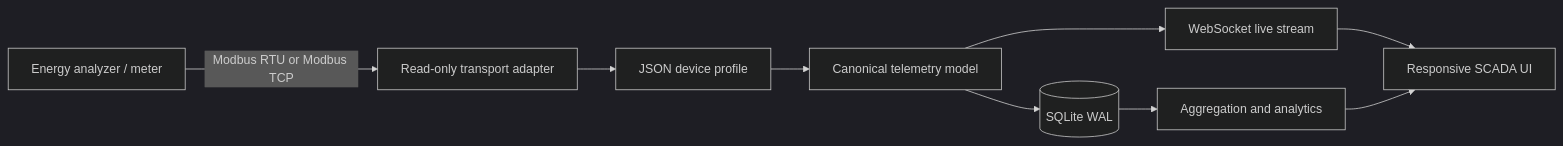
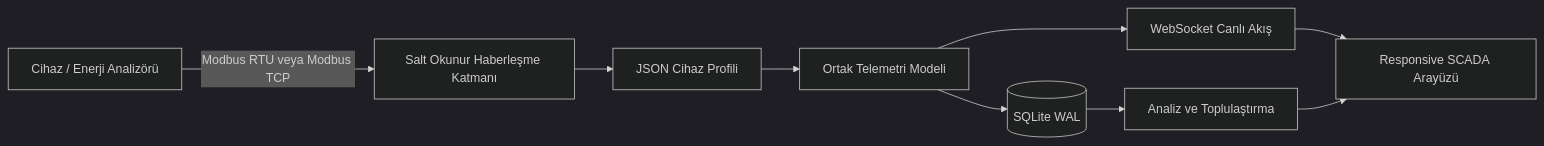
Before and after one commit to rootcastleco/rootcastle-energy-scada: the diagram in README.md, drawn with Mermaid (dark theme). The commit also changed other lines of this file and 13 other files, not shown here.

Commit message:
feat: genişletilmiş cihaz profili altyapısı ve Türkçe README v1.0.0

````diff
--- a/README.md
+++ b/README.md
@@ -13,11 +40,11 @@
 ```mermaid
 flowchart LR
-  M[Energy analyzer / meter] -->|Modbus RTU or Modbus TCP| T[Read-only transport adapter]
-  T --> P[JSON device profile]
-  P --> C[Canonical telemetry model]
-  C --> S[(SQLite WAL)]
-  C --> W[WebSocket live stream]
-  S --> A[Aggregation and analytics]
-  W --> U[Responsive SCADA UI]
+  C[Cihaz / Enerji Analizörü] -->|Modbus RTU veya Modbus TCP| T[Salt Okunur Haberleşme Katmanı]
+  T --> P[JSON Cihaz Profili]
+  P --> M[Ortak Telemetri Modeli]
+  M --> D[(SQLite WAL)]
+  M --> W[WebSocket Canlı Akış]
+  D --> A[Analiz ve Toplulaştırma]
+  W --> U[Responsive SCADA Arayüzü]
   A --> U
 ```
````
